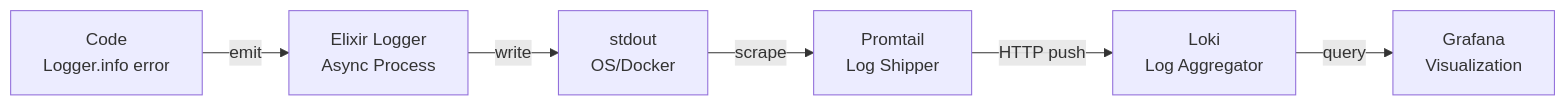
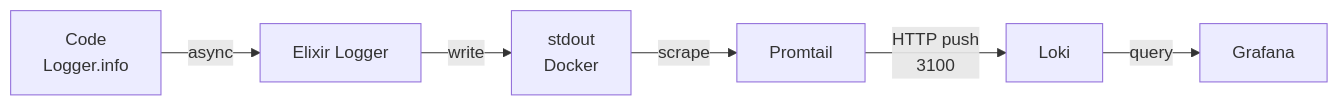
Before and after one commit to dwyl/learn-elixir-microservices-with-natsio-and-opentelemetry: the seventh of 8 diagrams in README.md, drawn with Mermaid. The commit also changed other lines of this file and 93 other files, not shown here.

````diff
--- a/README.md
+++ b/README.md
@@ -1078,15 +1441,8 @@
 ```mermaid
 flowchart LR
-    Code[Code<br>Logger.info error]
-    Logger[Elixir Logger<br>Async Process]
-    Stdout[stdout<br>OS/Docker]
-    Promtail[Promtail<br>Log Shipper]
-    Loki[Loki<br>Log Aggregator]
-    Grafana[Grafana<br>Visualization]
-
-    Code -->|emit| Logger
-    Logger -->|write| Stdout
+    Code[Code<br>Logger.info] -->|async| Logger[Elixir Logger]
+    Logger -->|write| Stdout[stdout<br>Docker]
     Stdout -->|scrape| Promtail
-    Promtail -->|HTTP push| Loki
+    Promtail -->|HTTP push<br>3100| Loki
     Loki -->|query| Grafana
 ```
````
